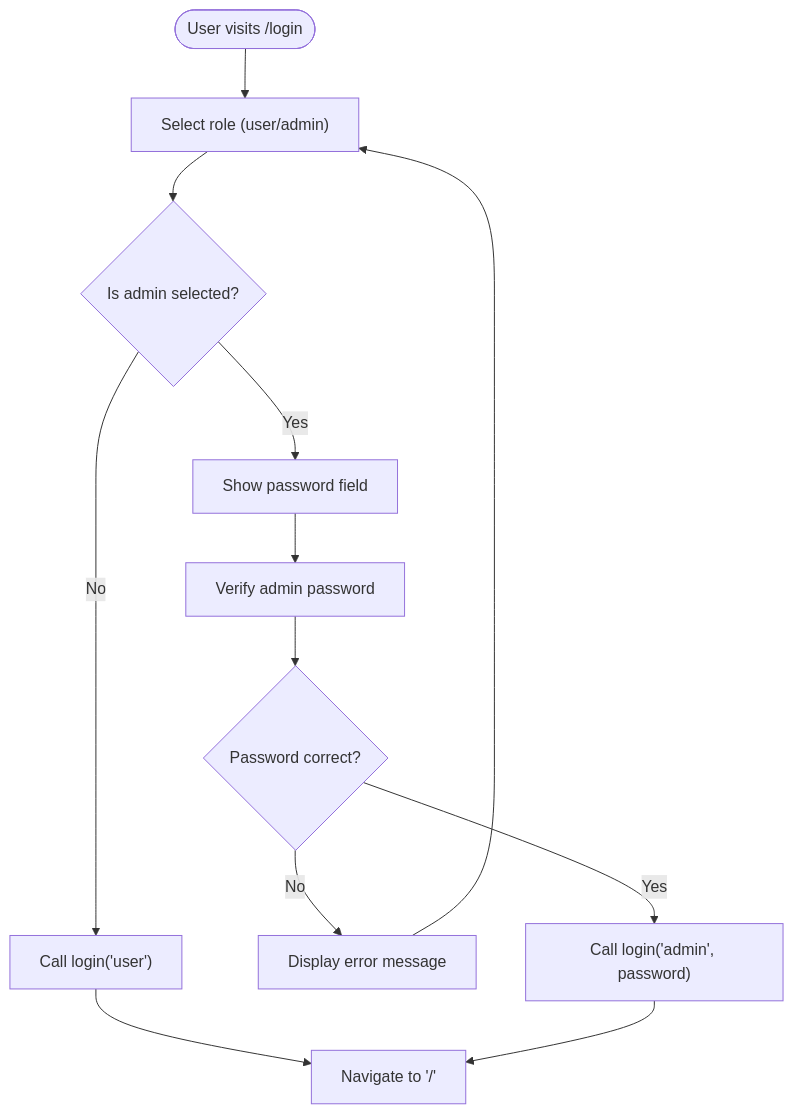
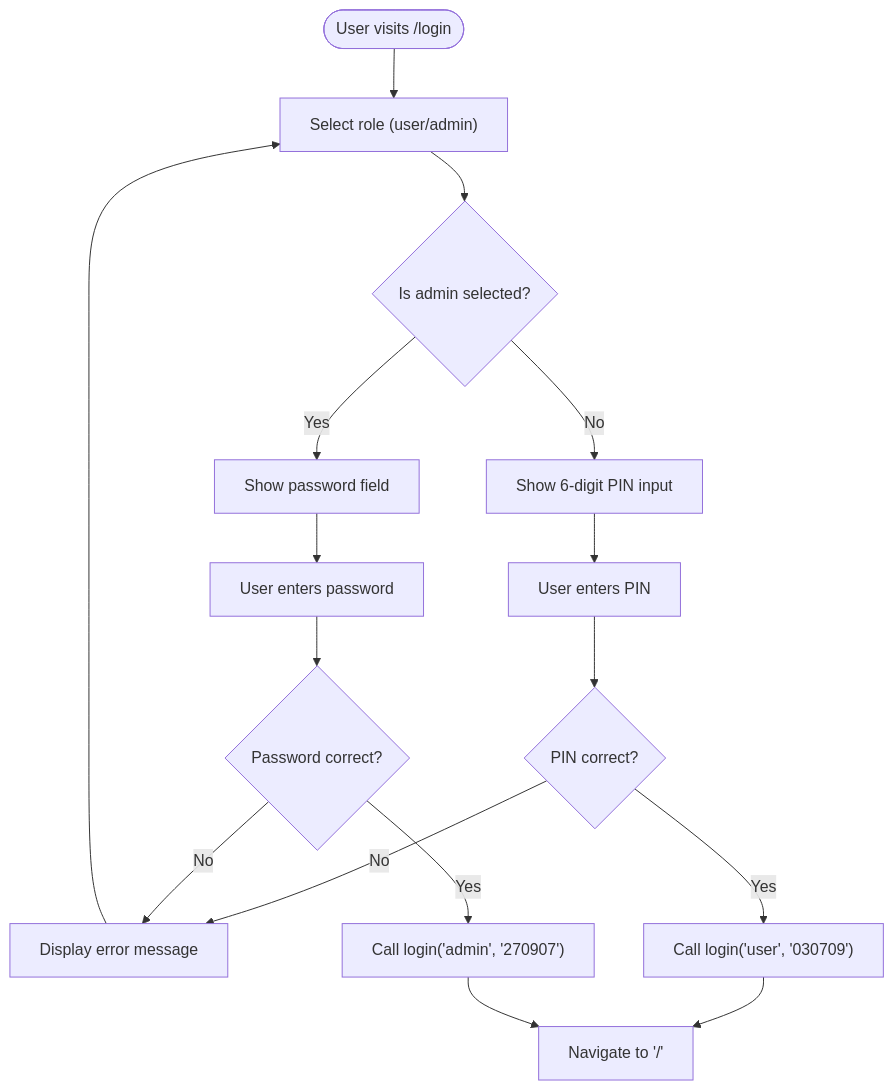
The fourth of 7 diagrams in .qoder/repowiki/en/content/Authentication System.md (alifsurya2710/Selamat-Ulang-Tahun), drawn with Mermaid before and after one commit. The commit also changed other lines of this file and 31 other files, not shown here.

````diff
--- a/.qoder/repowiki/en/content/Authentication System.md
+++ b/.qoder/repowiki/en/content/Authentication System.md
@@ -157,14 +174,18 @@
 ```mermaid
 flowchart TD
 Start(["User visits /login"]) --> SelectRole["Select role (user/admin)"]
 SelectRole --> IsAdmin{"Is admin selected?"}
-IsAdmin --> |No| SubmitUser["Call login('user')"]
+IsAdmin --> |No| ShowPIN["Show 6-digit PIN input"]
 IsAdmin --> |Yes| ShowPassword["Show password field"]
-ShowPassword --> VerifyPassword["Verify admin password"]
-VerifyPassword --> PasswordCorrect{"Password correct?"}
-PasswordCorrect --> |No| ShowError["Display error message"]
-PasswordCorrect --> |Yes| SubmitAdmin["Call login('admin', password)"]
+ShowPIN --> EnterPIN["User enters PIN"]
+EnterPIN --> ValidatePIN{"PIN correct?"}
+ValidatePIN --> |No| ShowError["Display error message"]
+ValidatePIN --> |Yes| SubmitUser["Call login('user', '030709')"]
+ShowPassword --> EnterPassword["User enters password"]
+EnterPassword --> ValidatePassword{"Password correct?"}
+ValidatePassword --> |No| ShowError
+ValidatePassword --> |Yes| SubmitAdmin["Call login('admin', '270907')"]
 SubmitUser --> Navigate["Navigate to '/'"]
 SubmitAdmin --> Navigate
 ShowError --> SelectRole
 ```
````
